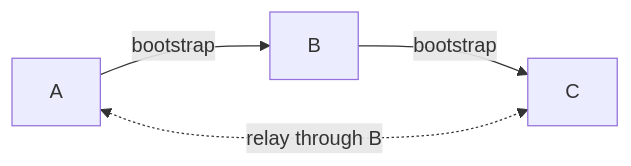
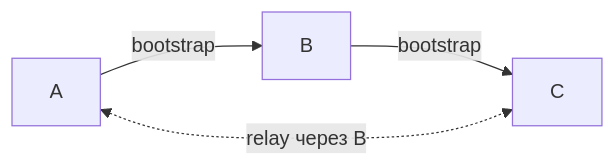
One commit to PixelQuasar/antenna changed the fourth of 6 diagrams in docs/protocol.md. Above: the diagram before and after it, drawn with Mermaid. The commit also changed other lines of this file and 1 other file, not shown here.

````diff
--- a/docs/protocol.md
+++ b/docs/protocol.md
@@ -290,8 +296,7 @@
 ```mermaid
 flowchart LR
 
+A -- bootstrap --> B
 B -- bootstrap --> C
-A -- bootstrap --> B
-A <-. relay through B .-> C
-
+A <-. relay через B .-> C
 ```
````
